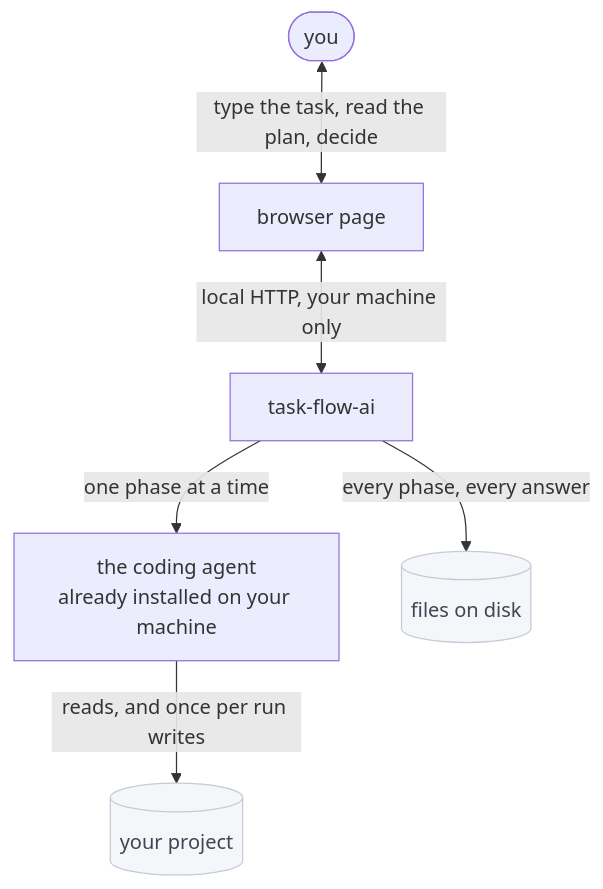
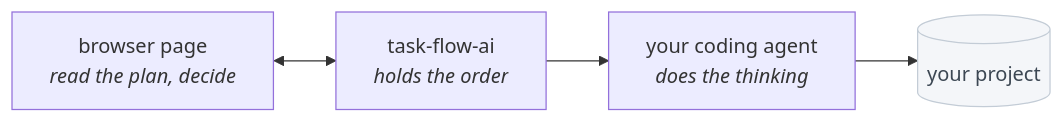
Before and after one commit to AleAlle62/task-flow-ai: the third of 4 diagrams in README.md, drawn with Mermaid. The commit also changed other lines of this file and 1 other file, not shown here.

````diff
--- a/README.md
+++ b/README.md
@@ -112,11 +82,9 @@
 ```mermaid
-flowchart TB
-    You([you]) <-->|type the task, read the plan, decide| Page[browser page]
-    Page <-->|local HTTP, your machine only| Tool[task-flow-ai]
-    Tool -->|one phase at a time| Agent[the coding agent<br/>already installed on your machine]
-    Agent -->|reads, and once per run writes| Repo[(your project)]
-    Tool -->|every phase, every answer| Disk[(files on disk)]
+flowchart LR
+    Page[browser page<br/><i>read the plan, decide</i>] <--> Tool[task-flow-ai<br/><i>holds the order</i>]
+    Tool --> Agent[your coding agent<br/><i>does the thinking</i>]
+    Agent --> Repo[(your project)]
 
     classDef quiet fill:#f4f6f9,stroke:#c3ccd6,color:#3c4753
-    class Repo,Disk quiet
+    class Repo quiet
 ```
````
